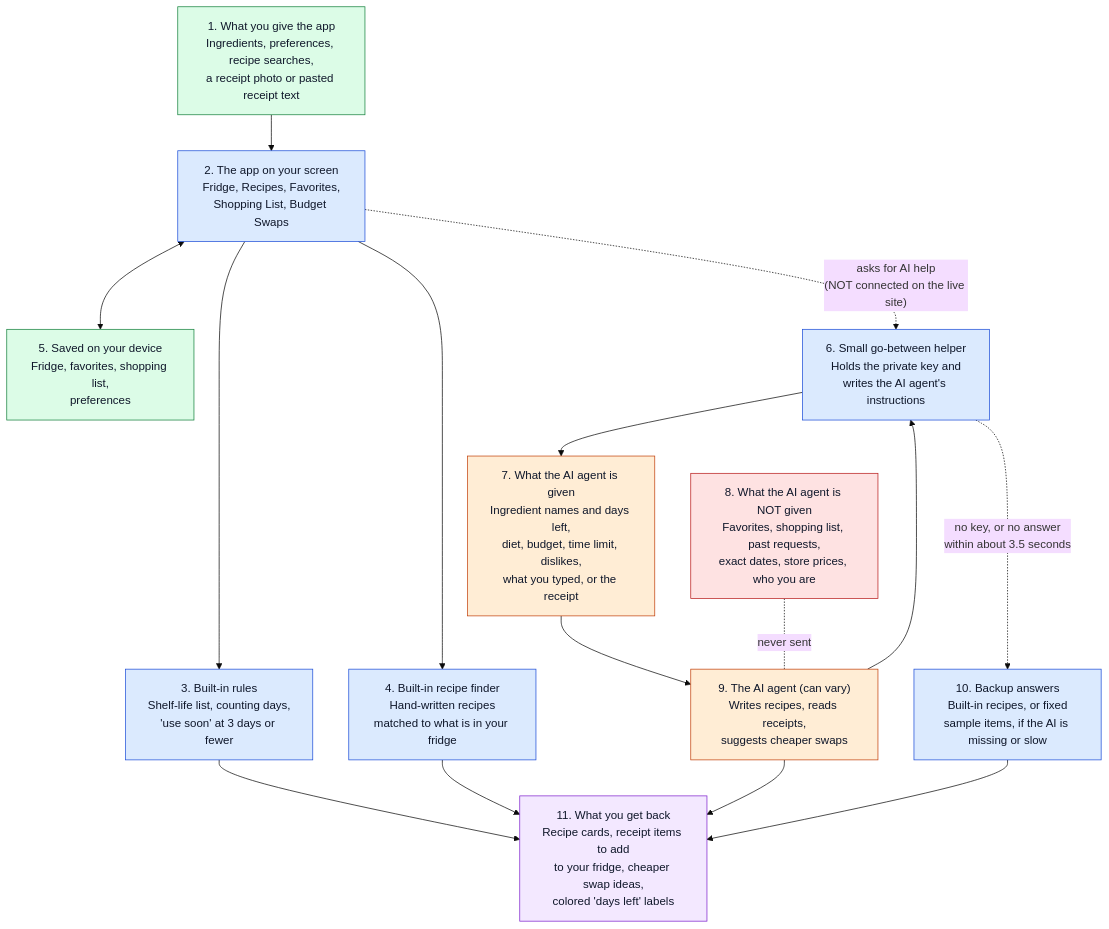
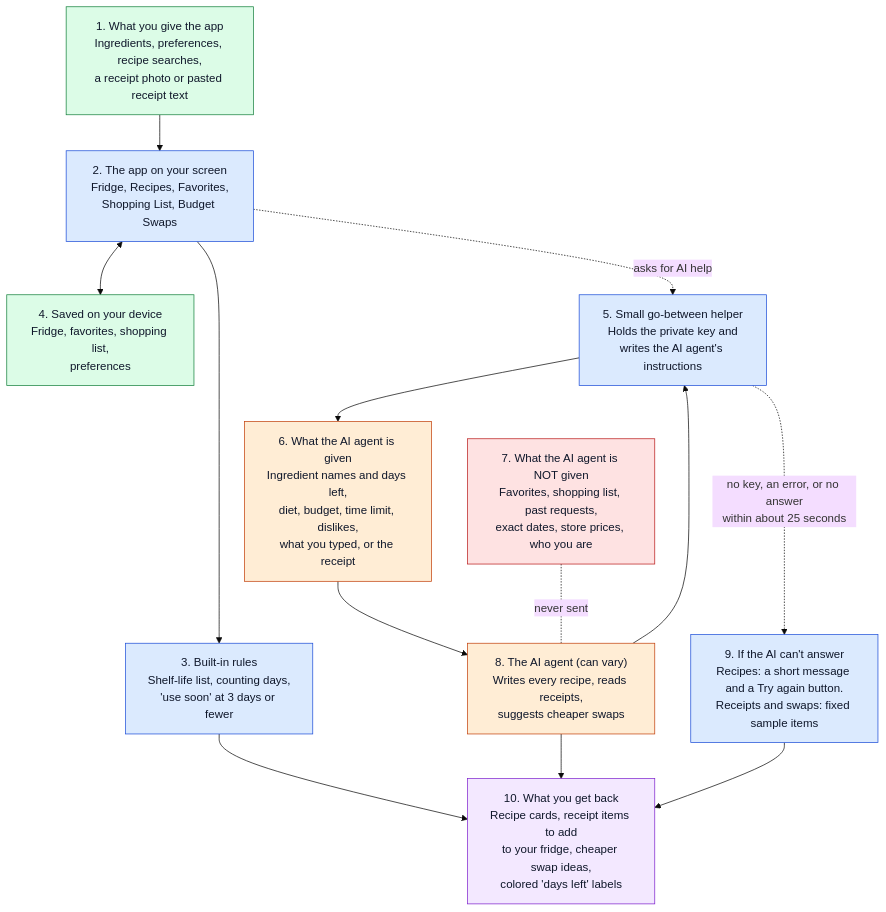
The diagram in docs/system-diagram.md (Sn3ha07/recipe_app), drawn with Mermaid (base theme) before and after one commit. The commit also changed other lines of this file and 9 other files, not shown here.

Commit message:
Get recipes from Gemini only, restyle Recipes screen, remove hardcoded recipes

````diff
--- a/docs/system-diagram.md
+++ b/docs/system-diagram.md
@@ -5,40 +5,37 @@
 ```mermaid
 flowchart TD
     A["1. What you give the app<br/>Ingredients, preferences, recipe searches,<br/>a receipt photo or pasted receipt text"]
     B["2. The app on your screen<br/>Fridge, Recipes, Favorites,<br/>Shopping List, Budget Swaps"]
     C["3. Built-in rules<br/>Shelf-life list, counting days,<br/>'use soon' at 3 days or fewer"]
-    D["4. Built-in recipe finder<br/>Hand-written recipes<br/>matched to what is in your fridge"]
-    E["5. Saved on your device<br/>Fridge, favorites, shopping list,<br/>preferences"]
-    F["6. Small go-between helper<br/>Holds the private key and<br/>writes the AI agent's instructions"]
-    H["7. What the AI agent is given<br/>Ingredient names and days left,<br/>diet, budget, time limit, dislikes,<br/>what you typed, or the receipt"]
-    I["8. What the AI agent is NOT given<br/>Favorites, shopping list, past requests,<br/>exact dates, store prices, who you are"]
-    G["9. The AI agent (can vary)<br/>Writes recipes, reads receipts,<br/>suggests cheaper swaps"]
-    J["10. Backup answers<br/>Built-in recipes, or fixed<br/>sample items, if the AI is missing or slow"]
-    K["11. What you get back<br/>Recipe cards, receipt items to add<br/>to your fridge, cheaper swap ideas,<br/>colored 'days left' labels"]
+    E["4. Saved on your device<br/>Fridge, favorites, shopping list,<br/>preferences"]
+    F["5. Small go-between helper<br/>Holds the private key and<br/>writes the AI agent's instructions"]
+    H["6. What the AI agent is given<br/>Ingredient names and days left,<br/>diet, budget, time limit, dislikes,<br/>what you typed, or the receipt"]
+    I["7. What the AI agent is NOT given<br/>Favorites, shopping list, past requests,<br/>exact dates, store prices, who you are"]
+    G["8. The AI agent (can vary)<br/>Writes every recipe, reads receipts,<br/>suggests cheaper swaps"]
+    J["9. If the AI can't answer<br/>Recipes: a short message and a Try again button.<br/>Receipts and swaps: fixed sample items"]
+    K["10. What you get back<br/>Recipe cards, receipt items to add<br/>to your fridge, cheaper swap ideas,<br/>colored 'days left' labels"]
 
     A --> B
     B --> C
-    B --> D
     B <--> E
-    B -. "asks for AI help<br/>(NOT connected on the live site)" .-> F
+    B -. "asks for AI help" .-> F
     F --> H
     H --> G
     I -. "never sent" .- G
     G --> F
-    F -. "no key, or no answer<br/>within about 3.5 seconds" .-> J
+    F -. "no key, an error, or no answer<br/>within about 25 seconds" .-> J
     C --> K
-    D --> K
     G --> K
     J --> K
 
     classDef same fill:#dbeafe,stroke:#1d4ed8,color:#0f172a;
     classDef ai fill:#ffedd5,stroke:#c2410c,color:#0f172a;
     classDef info fill:#dcfce7,stroke:#15803d,color:#0f172a;
     classDef out fill:#f3e8ff,stroke:#7e22ce,color:#0f172a;
     classDef blocked fill:#fee2e2,stroke:#b91c1c,color:#0f172a;
     class A,E info;
-    class B,C,D,F,J same;
+    class B,C,F,J same;
     class G,H ai;
     class I blocked;
     class K out;
 ```
````
